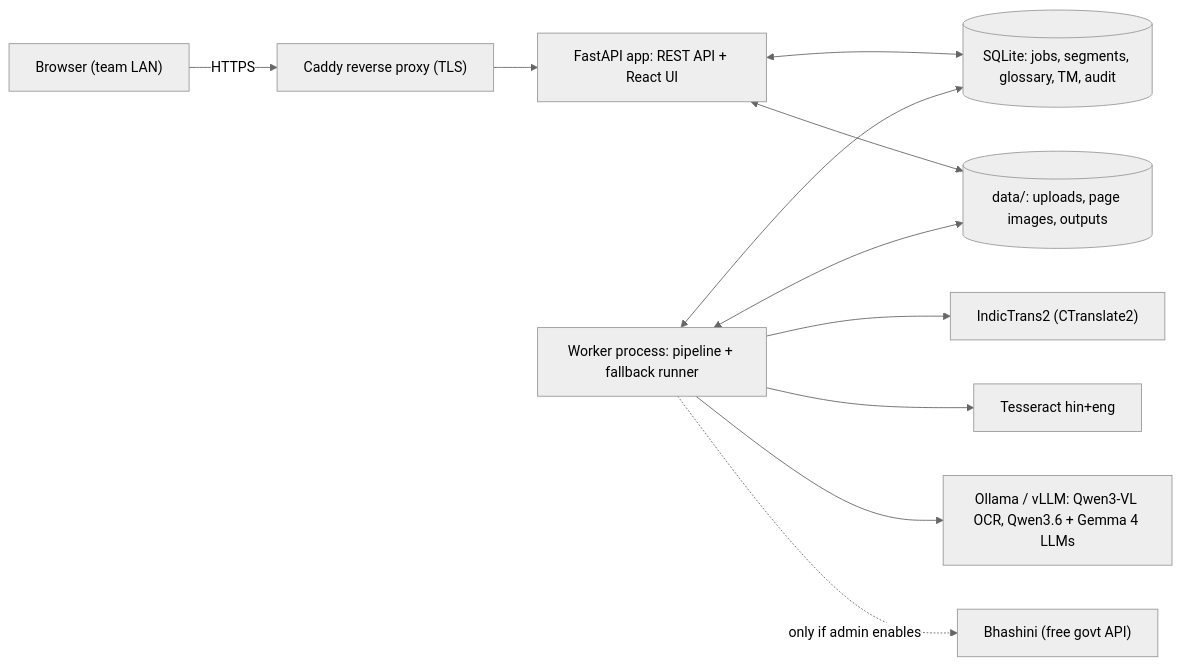
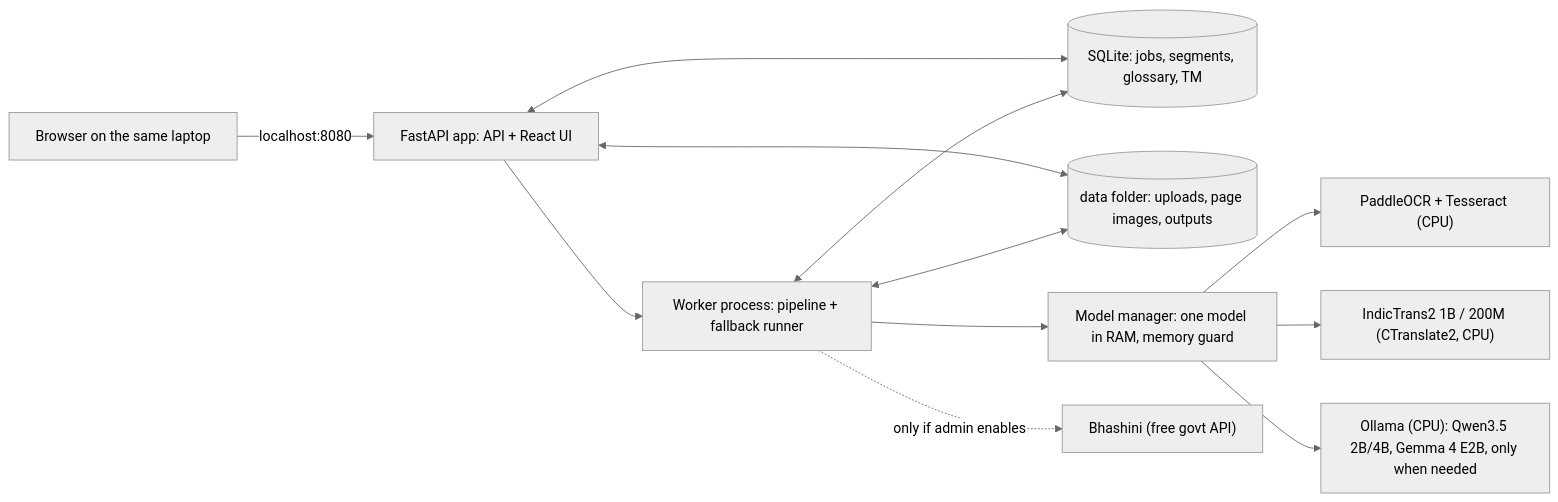
One commit to prasannad20011121/Pdf_-translater- changed the first of 3 diagrams in PLAN.md. Above: the diagram before and after it, drawn with Mermaid (neutral theme). The commit also changed other lines of this file and 1 other file, not shown here.

First line of the commit message:
Revise plan for 8–12 GB RAM CPU-only laptops

````diff
--- a/PLAN.md
+++ b/PLAN.md
@@ -116,13 +157,14 @@
 ```mermaid
 flowchart LR
-  U["Browser (team LAN)"] -->|HTTPS| P["Caddy reverse proxy (TLS)"]
-  P --> A["FastAPI app: REST API + React UI"]
-  A <--> DB[("SQLite: jobs, segments, glossary, TM, audit")]
-  A <--> FS[("data/: uploads, page images, outputs")]
-  W["Worker process: pipeline + fallback runner"] <--> DB
+  U["Browser on the same laptop"] -->|"localhost:8080"| A["FastAPI app: API + React UI"]
+  A <--> DB[("SQLite: jobs, segments, glossary, TM")]
+  A <--> FS[("data folder: uploads, page images, outputs")]
+  A --> W["Worker process: pipeline + fallback runner"]
+  W <--> DB
   W <--> FS
-  W --> IT2["IndicTrans2 (CTranslate2)"]
-  W --> TES["Tesseract hin+eng"]
-  W --> LLM["Ollama / vLLM: Qwen3-VL OCR, Qwen3.6 + Gemma 4 LLMs"]
+  W --> MM["Model manager: one model in RAM, memory guard"]
+  MM --> OCR["PaddleOCR + Tesseract (CPU)"]
+  MM --> IT2["IndicTrans2 1B / 200M (CTranslate2, CPU)"]
+  MM --> OL["Ollama (CPU): Qwen3.5 2B/4B, Gemma 4 E2B, only when needed"]
   W -. "only if admin enables" .-> BH["Bhashini (free govt API)"]
 ```
````
